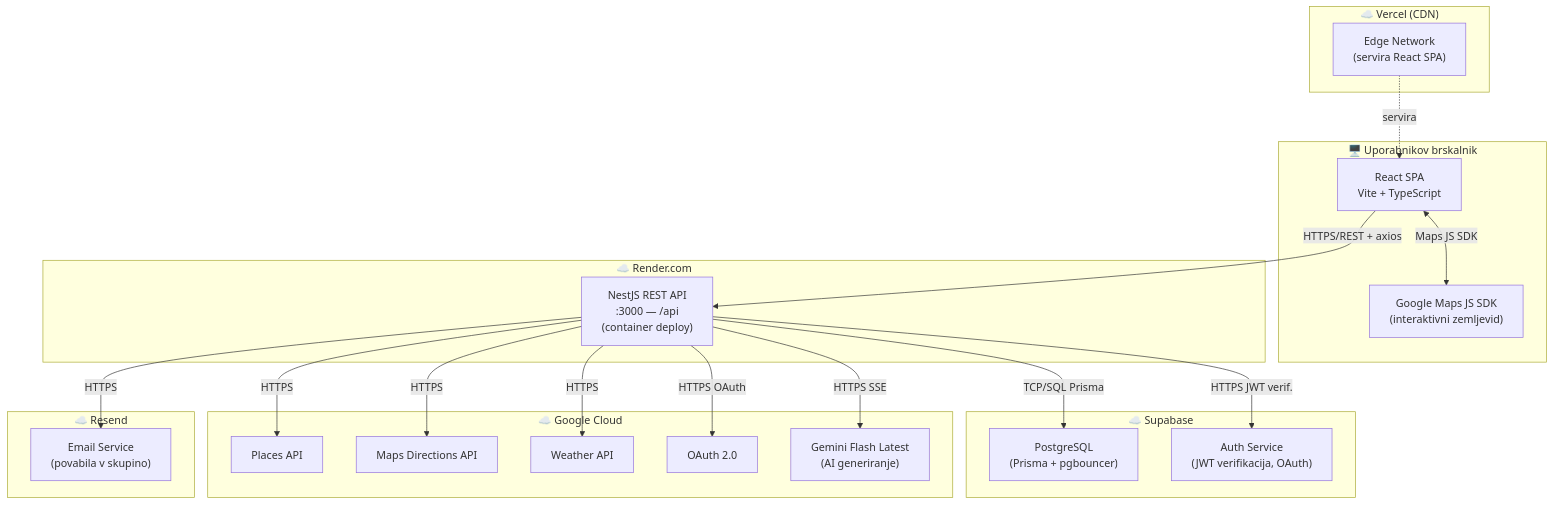
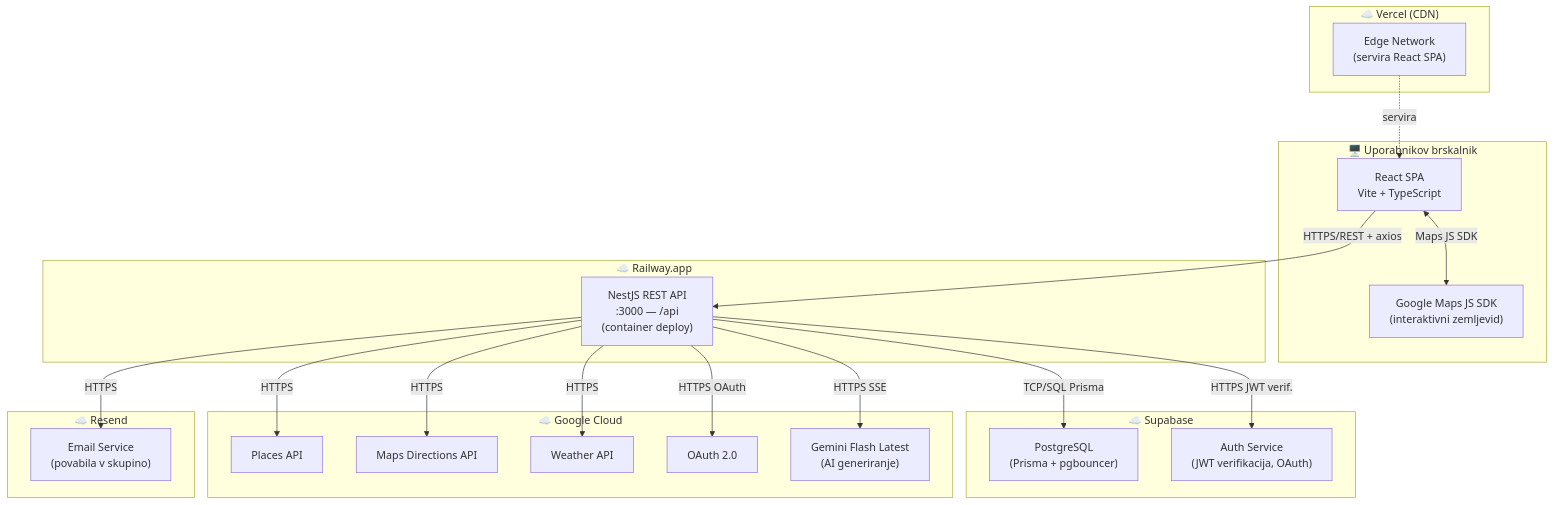
Before and after one commit to Anchevskiii/Routiq: the first of 3 diagrams in docs/architecture.md, drawn with Mermaid. The commit also changed other lines of this file and 8 other files, not shown here.

````diff
--- a/docs/architecture.md
+++ b/docs/architecture.md
@@ -24,44 +24,44 @@
 ```mermaid
 graph TB
     subgraph Browser["🖥️ Uporabnikov brskalnik"]
         FE["React SPA\nVite + TypeScript"]
         MAPS_SDK["Google Maps JS SDK\n(interaktivni zemljevid)"]
     end
 
     subgraph Vercel["☁️ Vercel (CDN)"]
         VCDN["Edge Network\n(servira React SPA)"]
     end
 
-    subgraph Render["☁️ Render.com"]
+    subgraph Railway["☁️ Railway.app"]
         BE["NestJS REST API\n:3000 — /api\n(container deploy)"]
     end
 
     subgraph Supabase["☁️ Supabase"]
         DB["PostgreSQL\n(Prisma + pgbouncer)"]
         AUTH_SB["Auth Service\n(JWT verifikacija, OAuth)"]
     end
 
     subgraph GoogleCloud["☁️ Google Cloud"]
         PLACES["Places API"]
         DIRECTIONS["Maps Directions API"]
         WEATHER_API["Weather API"]
         OAUTH["OAuth 2.0"]
         GEMINI["Gemini Flash Latest\n(AI generiranje)"]
     end
 
     subgraph Resend["☁️ Resend"]
         MAIL["Email Service\n(povabila v skupino)"]
     end
 
     VCDN -.->|servira| FE
     FE -->|HTTPS/REST + axios| BE
     FE <-->|Maps JS SDK| MAPS_SDK
     BE -->|TCP/SQL Prisma| DB
     BE -->|HTTPS JWT verif.| AUTH_SB
     BE -->|HTTPS| PLACES
     BE -->|HTTPS| DIRECTIONS
     BE -->|HTTPS| WEATHER_API
     BE -->|HTTPS OAuth| OAUTH
     BE -->|HTTPS SSE| GEMINI
     BE -->|HTTPS| MAIL
 ```
````
